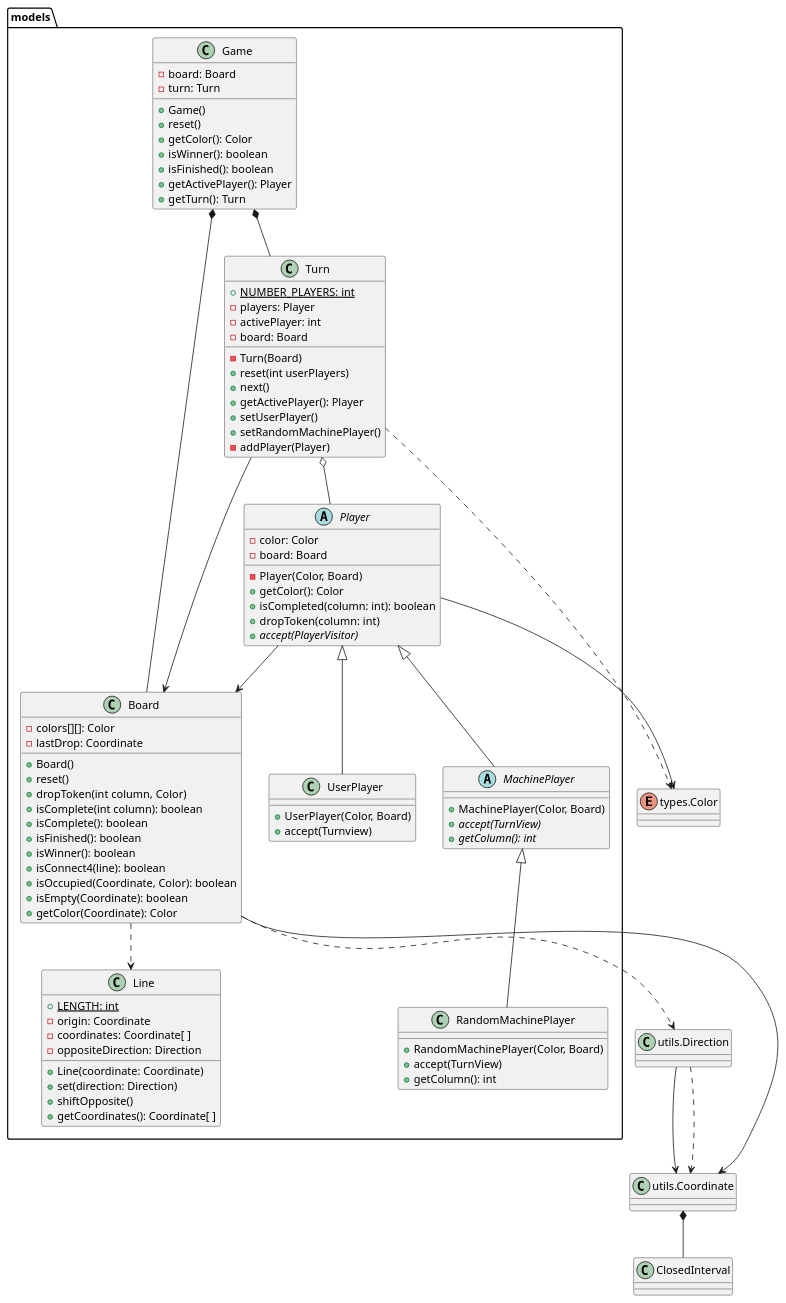
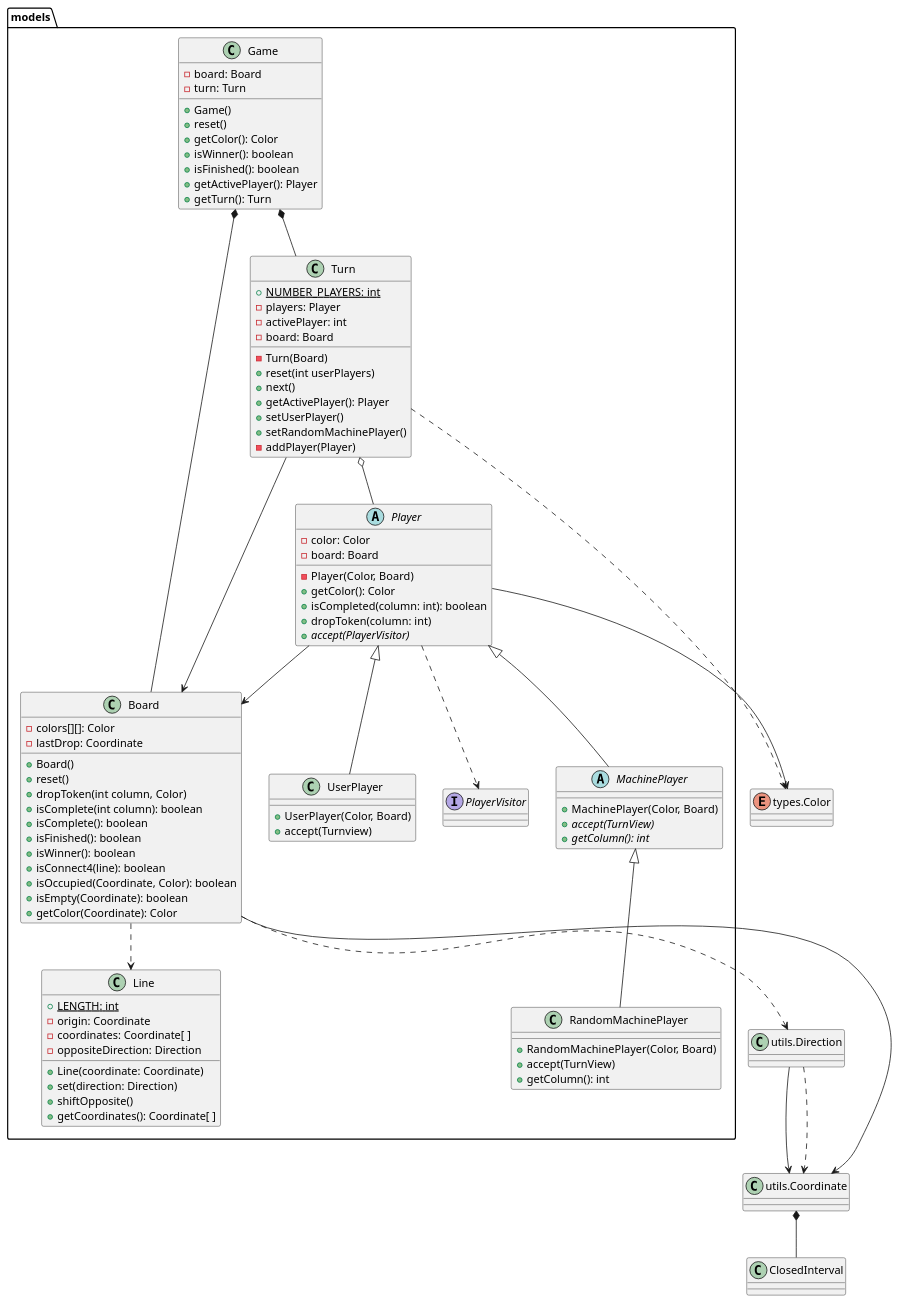
The diagram in connect4/Docs/diagrams/src/packages/connect4.models.plantuml (js-rom/connect4), drawn with PlantUML before and after one commit. The commit also changed 1 other file, not shown here.

Commit message:
refactor(docs): move PlayerVisitor from views to models

```diff
--- a/connect4/Docs/diagrams/src/packages/connect4.models.plantuml
+++ b/connect4/Docs/diagrams/src/packages/connect4.models.plantuml
@@ -1,99 +1,101 @@
 @startuml connect4.models
 
 class models.Game
 class models.Board
 class models.Turn
 class models.Line
 abstract class models.Player
 class models.UserPlayer
 abstract class models.MachinePlayer
 class models.RandomMachinePlayer
+interface models.PlayerVisitor
 
 enum Color as "types.Color"
 class Direction as "utils.Direction"
 class Coordinate as "utils.Coordinate"
 class Coordinate as "utils.Coordinate"
 
 
 Game *-- Board
 Game *-- Turn
 Turn --> Board
 Turn o-- Player
 Turn ..> Color
 Player --> Color
 Player --> Board
+Player ..> PlayerVisitor
 Player <|-- UserPlayer
 Player <|-- MachinePlayer
 MachinePlayer <|-- RandomMachinePlayer
 Board --> Coordinate
 Board ..> Line
 Board ..> Direction
 Direction --> Coordinate
 Direction ..> Coordinate
 Coordinate *-- ClosedInterval
 
 Game : -board: Board
 Game : -turn: Turn
 Game : +Game()
 Game : +reset()
 Game : +getColor(): Color
 Game : +isWinner(): boolean
 Game : +isFinished(): boolean
 Game : +getActivePlayer(): Player
 Game : +getTurn(): Turn
 
 Turn : {static} +NUMBER_PLAYERS: int
 Turn : -players: Player
 Turn : -activePlayer: int
 Turn : -board: Board
 Turn : -Turn(Board)
 Turn : +reset(int userPlayers)
 Turn : +next()
 Turn : +getActivePlayer(): Player
 Turn : +setUserPlayer()
 Turn : +setRandomMachinePlayer()
 Turn : -addPlayer(Player)
 
 Player : -color: Color
 Player : -board: Board
 Player : -Player(Color, Board)
 Player : +getColor(): Color
 Player : +isCompleted(column: int): boolean
 Player : +dropToken(column: int)
 Player : +{abstract}accept(PlayerVisitor)
 
 UserPlayer : +UserPlayer(Color, Board)
 UserPlayer : +accept(Turnview)
 
 MachinePlayer : +MachinePlayer(Color, Board)
 MachinePlayer : +{abstract}accept(TurnView)
 MachinePlayer : +{abstract}getColumn(): int
 
 RandomMachinePlayer : +RandomMachinePlayer(Color, Board)
 RandomMachinePlayer : +accept(TurnView)
 RandomMachinePlayer : +getColumn(): int
 
 Board : -colors[][]: Color
 Board : -lastDrop: Coordinate
 Board : +Board()
 Board : +reset()
 Board : +dropToken(int column, Color)
 Board : +isComplete(int column): boolean
 Board : +isComplete(): boolean
 Board : +isFinished(): boolean
 Board : +isWinner(): boolean
 Board : +isConnect4(line): boolean
 Board : +isOccupied(Coordinate, Color): boolean
 Board : +isEmpty(Coordinate): boolean
 Board : +getColor(Coordinate): Color
 
 Line : {static} +LENGTH: int
 Line : -origin: Coordinate
 Line : -coordinates: Coordinate[ ]
 Line : -oppositeDirection: Direction
 Line : +Line(coordinate: Coordinate)
 Line : +set(direction: Direction)
 Line : +shiftOpposite()
 Line : +getCoordinates(): Coordinate[ ]
 
 @enduml
```
